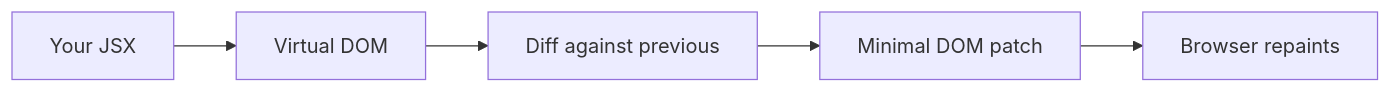
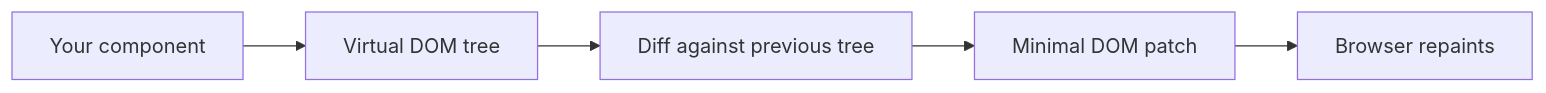
One commit to BabaScience/react-guides changed the first of 10 diagrams in arguments/chapters/01-fundamentals.md. Above: the diagram before and after it, drawn with Mermaid. The commit also changed other lines of this file and 46 other files, not shown here.

````diff
--- a/arguments/chapters/01-fundamentals.md
+++ b/arguments/chapters/01-fundamentals.md
@@ -11,7 +66,7 @@
 ```mermaid
 graph LR
-    JSX[Your JSX] --> VDOM[Virtual DOM]
-    VDOM --> Diff[Diff against previous]
+    JSX[Your component] --> VDOM[Virtual DOM tree]
+    VDOM --> Diff[Diff against previous tree]
     Diff --> Patch[Minimal DOM patch]
     Patch --> Browser[Browser repaints]
 ```
````
